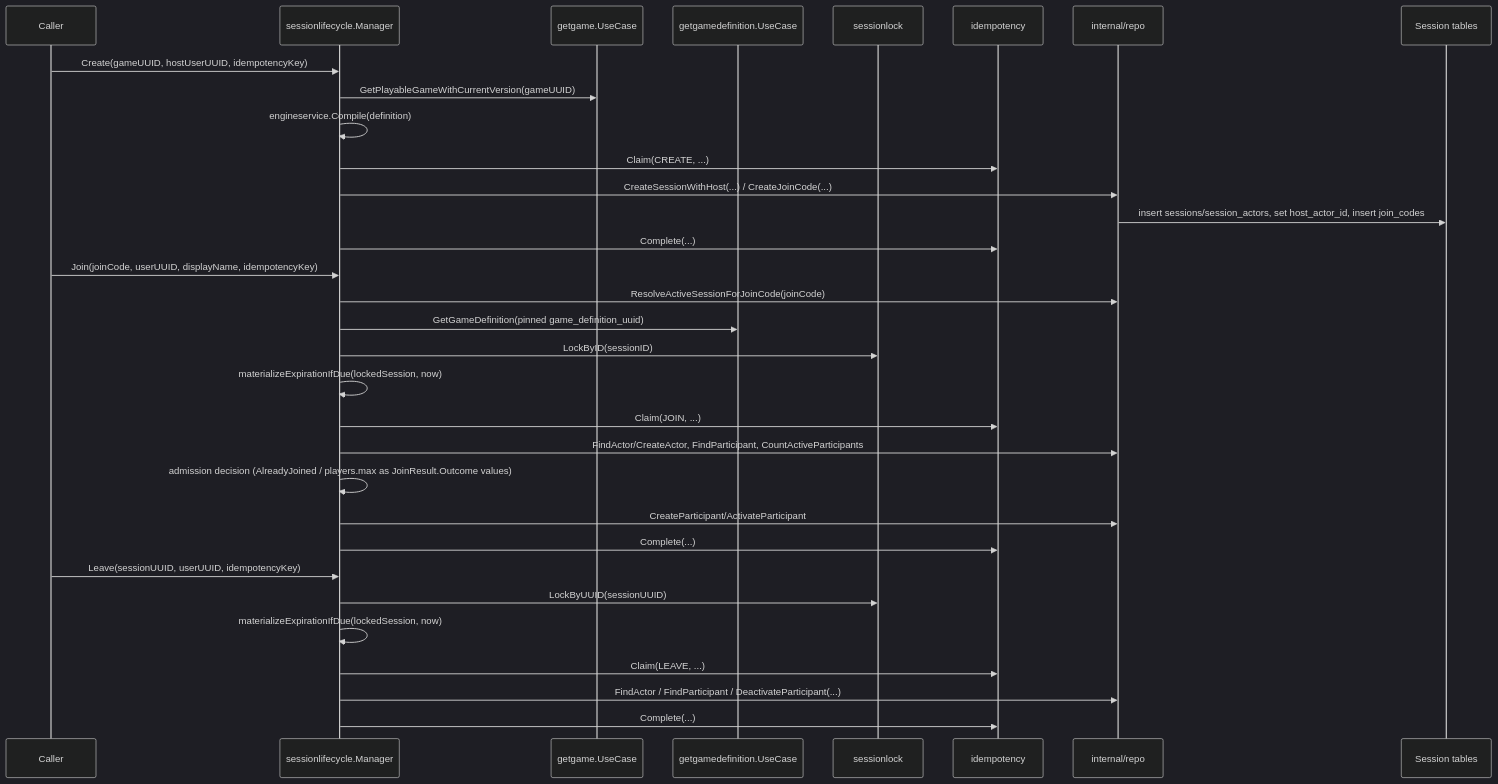
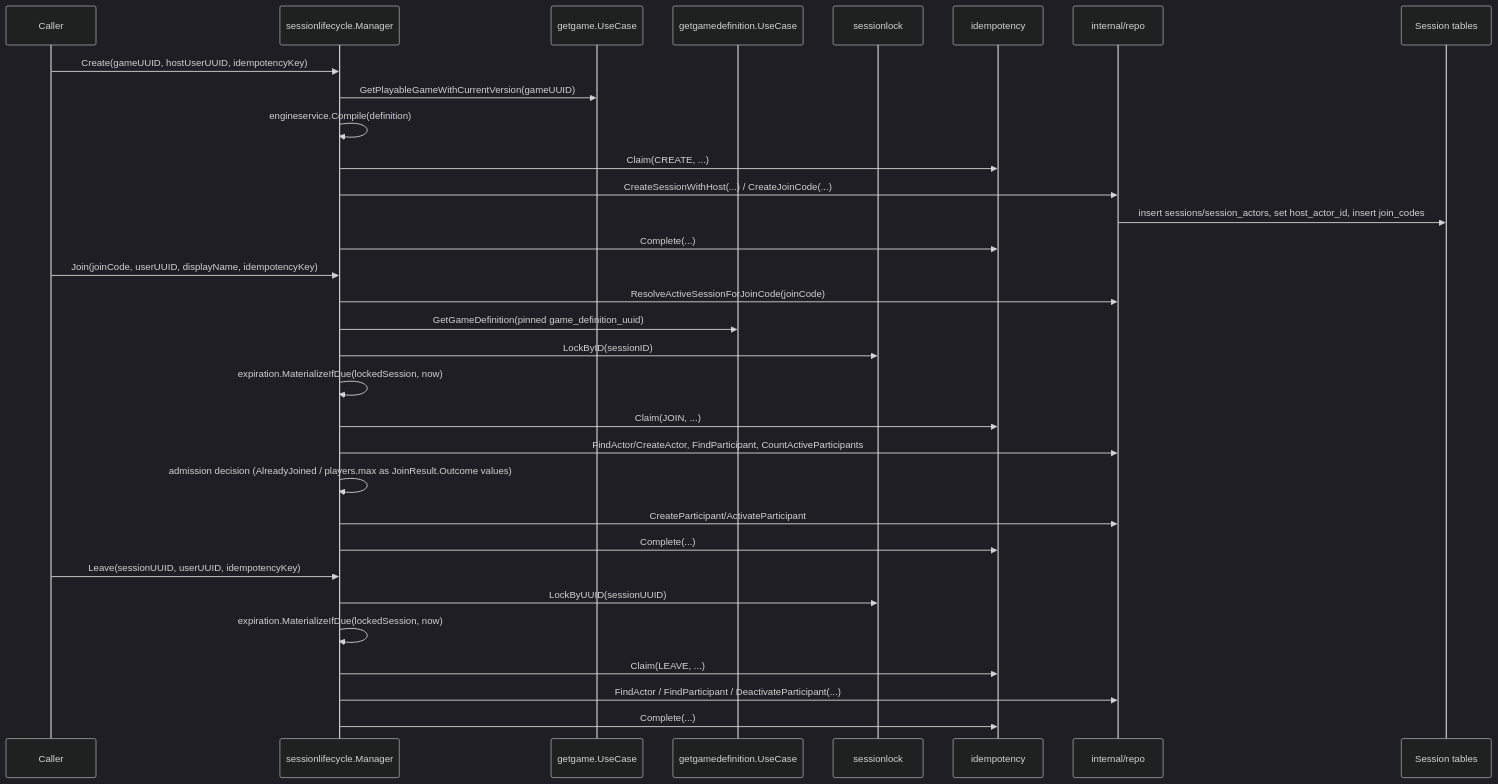
Before and after one commit to diegobermudez03/playhoot: the second of 4 diagrams in game/docs/FLOWS.md, drawn with Mermaid (dark theme). The commit also changed other lines of this file and 15 other files, not shown here.

````diff
--- a/game/docs/FLOWS.md
+++ b/game/docs/FLOWS.md
@@ -42,37 +42,37 @@
 ```mermaid
 sequenceDiagram
     participant Caller
     participant Mgr as sessionlifecycle.Manager
     participant GetGame as getgame.UseCase
     participant GetDef as getgamedefinition.UseCase
     participant Lock as sessionlock
     participant Idem as idempotency
     participant Repo as internal/repo
     participant DB as Session tables
 
     Caller->>Mgr: Create(gameUUID, hostUserUUID, idempotencyKey)
     Mgr->>GetGame: GetPlayableGameWithCurrentVersion(gameUUID)
     Mgr->>Mgr: engineservice.Compile(definition)
     Mgr->>Idem: Claim(CREATE, ...)
     Mgr->>Repo: CreateSessionWithHost(...) / CreateJoinCode(...)
     Repo->>DB: insert sessions/session_actors, set host_actor_id, insert join_codes
     Mgr->>Idem: Complete(...)
 
     Caller->>Mgr: Join(joinCode, userUUID, displayName, idempotencyKey)
     Mgr->>Repo: ResolveActiveSessionForJoinCode(joinCode)
     Mgr->>GetDef: GetGameDefinition(pinned game_definition_uuid)
     Mgr->>Lock: LockByID(sessionID)
-    Mgr->>Mgr: materializeExpirationIfDue(lockedSession, now)
+    Mgr->>Mgr: expiration.MaterializeIfDue(lockedSession, now)
     Mgr->>Idem: Claim(JOIN, ...)
     Mgr->>Repo: FindActor/CreateActor, FindParticipant, CountActiveParticipants
     Mgr->>Mgr: admission decision (AlreadyJoined / players.max as JoinResult.Outcome values)
     Mgr->>Repo: CreateParticipant/ActivateParticipant
     Mgr->>Idem: Complete(...)
 
     Caller->>Mgr: Leave(sessionUUID, userUUID, idempotencyKey)
     Mgr->>Lock: LockByUUID(sessionUUID)
-    Mgr->>Mgr: materializeExpirationIfDue(lockedSession, now)
+    Mgr->>Mgr: expiration.MaterializeIfDue(lockedSession, now)
     Mgr->>Idem: Claim(LEAVE, ...)
     Mgr->>Repo: FindActor / FindParticipant / DeactivateParticipant(...)
     Mgr->>Idem: Complete(...)
 ```
````
